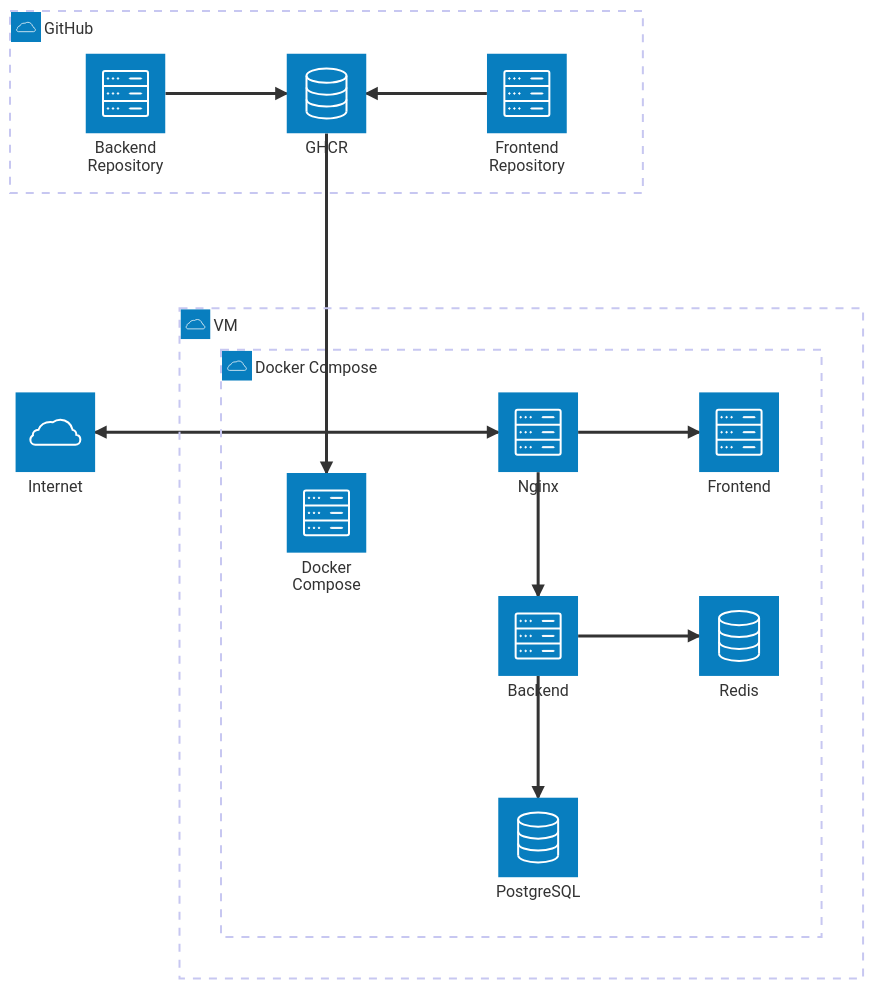
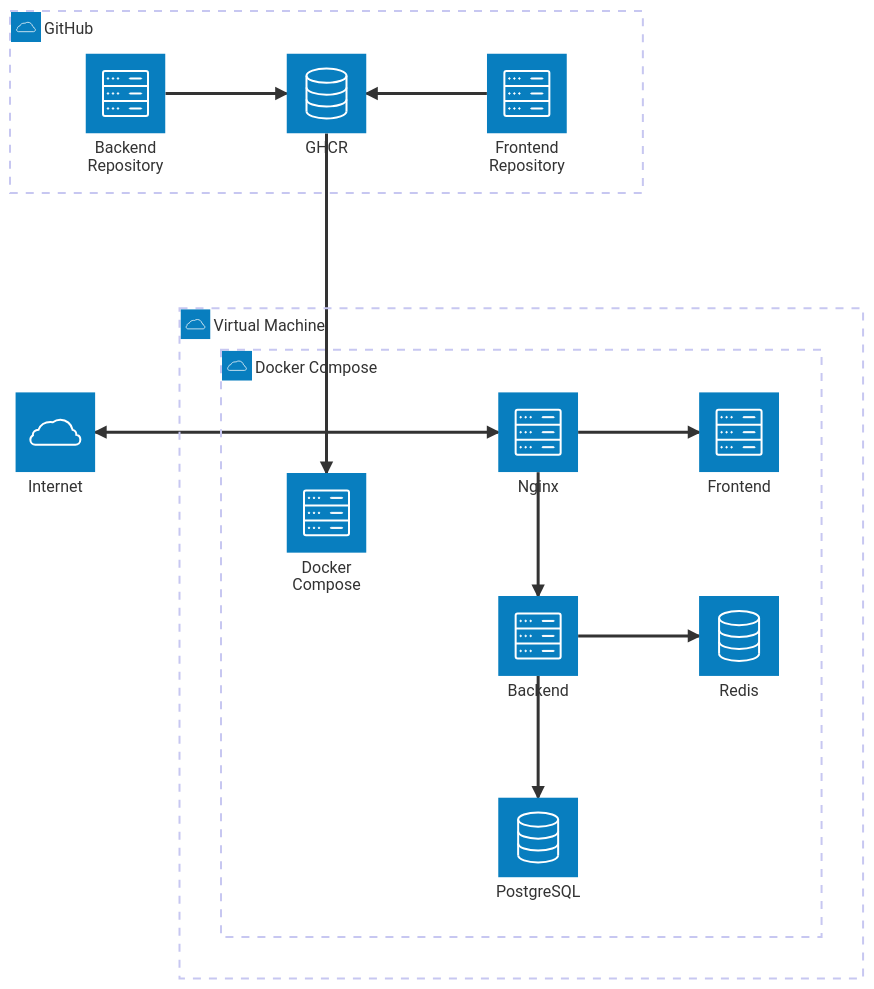
One commit to levanvux/neswear-deploy changed the diagram in README.md. Above: the diagram before and after it, drawn with Mermaid.

Commit message:
docs: add deployment architecture

````diff
--- a/README.md
+++ b/README.md
@@ -7,30 +7,30 @@
 ```mermaid
 architecture-beta
     service outside(cloud)[Internet]
 
     group gh(cloud)[GitHub]
         service be(server)[Backend Repository] in gh
         service fe(server)[Frontend Repository] in gh
         service ghcr(database)[GHCR] in gh
 
-    group vm(cloud)[VM]
+    group vm(cloud)[Virtual Machine]
     group docker_compose(cloud)[Docker Compose] in vm
         service dk(server)[Docker Compose] in docker_compose
         service nginx(server)[Nginx] in docker_compose
         service becn(server)[Backend] in docker_compose
         service fecn(server)[Frontend] in docker_compose
         service pg(database)[PostgreSQL] in docker_compose
         service redis(database)[Redis] in docker_compose
 
     be:R --> L:ghcr
     fe:L --> R:ghcr
     ghcr:B --> T:dk
 
     outside:R <--> L:nginx
 
     nginx:R --> L:fecn
     nginx:B --> T:becn
 
     becn:B --> T:pg
     becn:R --> L:redis
 ```
````
